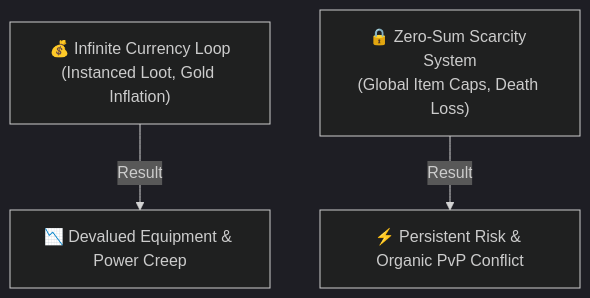
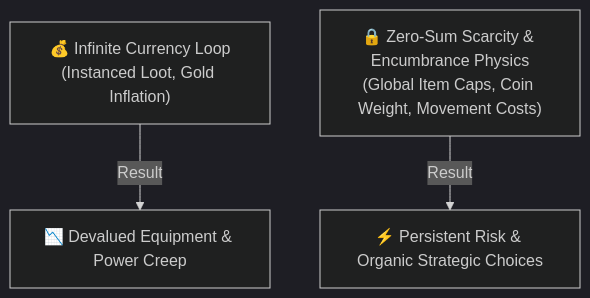
One commit to nschimme/mume.github.io changed the diagram in docs/community/education/rpg-dynamics/lab-3-scarcity.md. Above: the diagram before and after it, drawn with Mermaid (dark theme). The commit also changed other lines of this file and 11 other files, not shown here.

````diff
--- a/docs/community/education/rpg-dynamics/lab-3-scarcity.md
+++ b/docs/community/education/rpg-dynamics/lab-3-scarcity.md
@@ -45,5 +45,5 @@
 ```mermaid
 graph TD
-    A["💰 Infinite Currency Loop<br>(Instanced Loot, Gold Inflation)"] -->|Result| B["📉 Devalued Equipment & Power Creep"]
-    C["🔒 Zero-Sum Scarcity System<br>(Global Item Caps, Death Loss)"] -->|Result| D["⚡ Persistent Risk & Organic PvP Conflict"]
+    A["💰 Infinite Currency Loop<br/>(Instanced Loot, Gold Inflation)"] -->|Result| B["📉 Devalued Equipment & Power Creep"]
+    C["🔒 Zero-Sum Scarcity & Encumbrance Physics<br/>(Global Item Caps, Coin Weight, Movement Costs)"] -->|Result| D["⚡ Persistent Risk & Organic Strategic Choices"]
 ```
````
